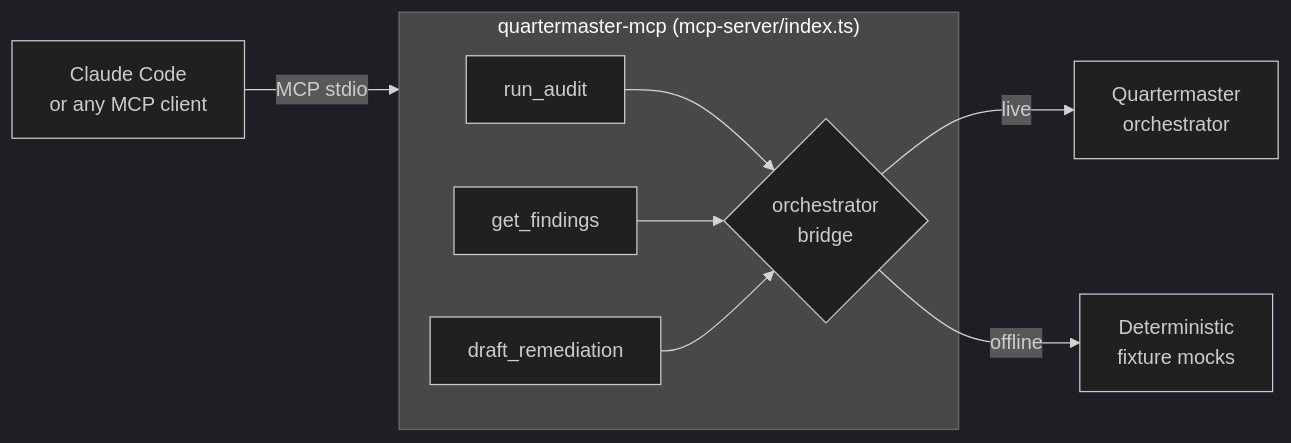
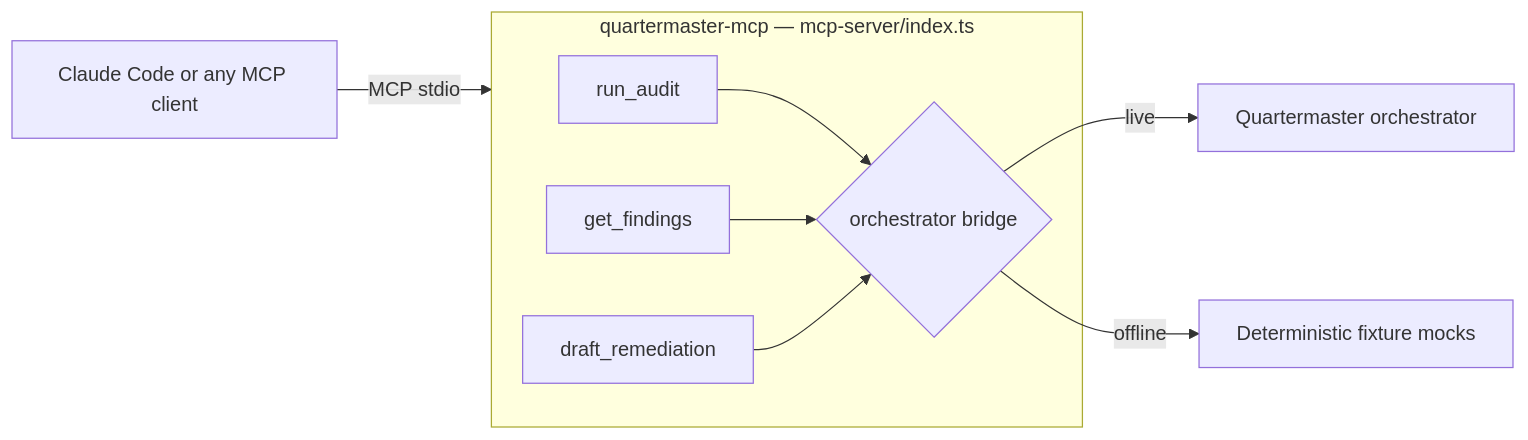
The first of 7 diagrams in README.md (Sushant6095/Quatermaster-coral), drawn with Mermaid before and after one commit. The commit also changed other lines of this file, not shown here.

Commit message:
docs: fix all Mermaid diagram syntax — replace \n with labels, remove %%init%% theme vars, quote special chars

````diff
--- a/README.md
+++ b/README.md
@@ -157,13 +157,12 @@
 ```mermaid
-%%{init: {'theme': 'dark'}}%%
 flowchart LR
-    CC[Claude Code\nor any MCP client] -->|MCP stdio| QMS
-    subgraph QMS["quartermaster-mcp  (mcp-server/index.ts)"]
-        RA[run_audit] --> BRIDGE
-        GF[get_findings] --> BRIDGE
-        DR[draft_remediation] --> BRIDGE
-        BRIDGE{orchestrator\nbridge}
+    CC["Claude Code or any MCP client"] -->|"MCP stdio"| QMS
+    subgraph QMS["quartermaster-mcp — mcp-server/index.ts"]
+        RA["run_audit"] --> BRIDGE
+        GF["get_findings"] --> BRIDGE
+        DR["draft_remediation"] --> BRIDGE
+        BRIDGE{"orchestrator bridge"}
     end
-    BRIDGE -->|live| QM[Quartermaster\norchestrator]
-    BRIDGE -->|offline| MOCK[Deterministic\nfixture mocks]
+    BRIDGE -->|"live"| QM["Quartermaster orchestrator"]
+    BRIDGE -->|"offline"| MOCK["Deterministic fixture mocks"]
 ```
````
